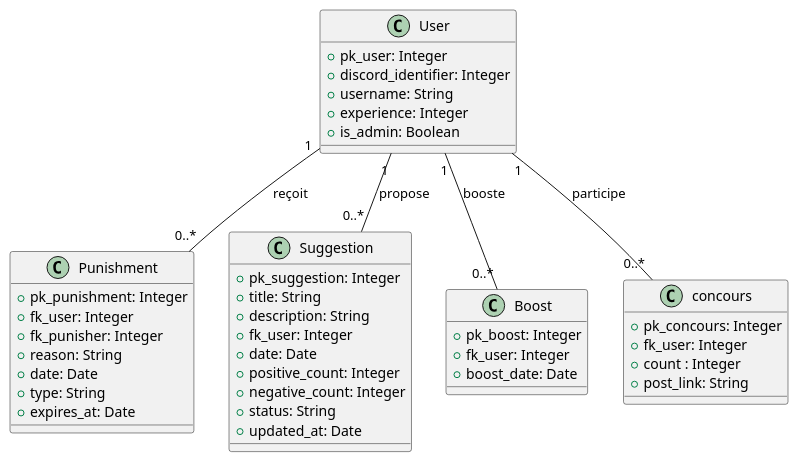
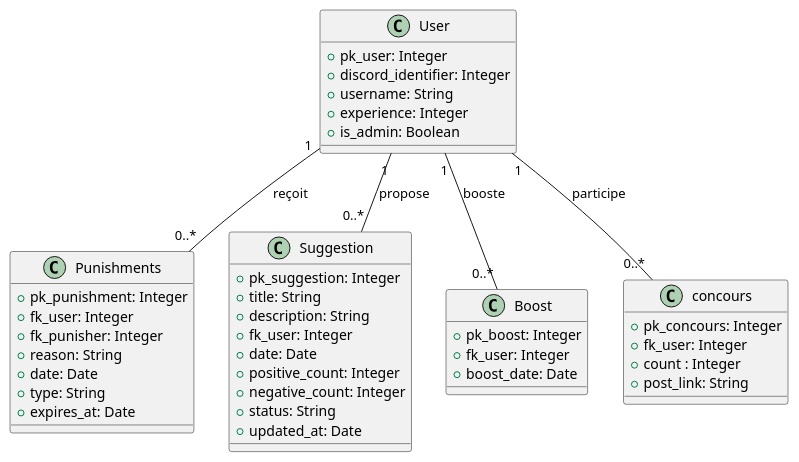
The diagram in database/db.plantuml (colin-reist/LP_Bot), drawn with PlantUML before and after one commit. The commit also changed 5 other files, not shown here.

Commit message:
Refactor: rename Punishment class to Punishments and update related references

```diff
--- a/database/db.plantuml
+++ b/database/db.plantuml
@@ -1,51 +1,51 @@
 @startuml db
 
 class User {
     +pk_user: Integer
     +discord_identifier: Integer
     +username: String
     +experience: Integer
     +is_admin: Boolean
 }
 
-class Punishment {
+class Punishments {
     +pk_punishment: Integer
     +fk_user: Integer
     +fk_punisher: Integer
     +reason: String
     +date: Date
     +type: String
     +expires_at: Date
 }
 
 class Suggestion { 
     +pk_suggestion: Integer
     +title: String
     +description: String
     +fk_user: Integer
     +date: Date
     +positive_count: Integer
     +negative_count: Integer
     +status: String
     +updated_at: Date
 }
 
 class Boost {
     +pk_boost: Integer
     +fk_user: Integer
     +boost_date: Date
 }
 
 class concours {
     +pk_concours: Integer
     +fk_user: Integer
     +count : Integer
     +post_link: String
 }
 
-User "1" -- "0..*" Punishment : reçoit
+User "1" -- "0..*" Punishments : reçoit
 User "1" -- "0..*" Suggestion : propose
 User "1" -- "0..*" Boost : booste
 User "1" -- "0..*" concours : participe
 
 @enduml
```
